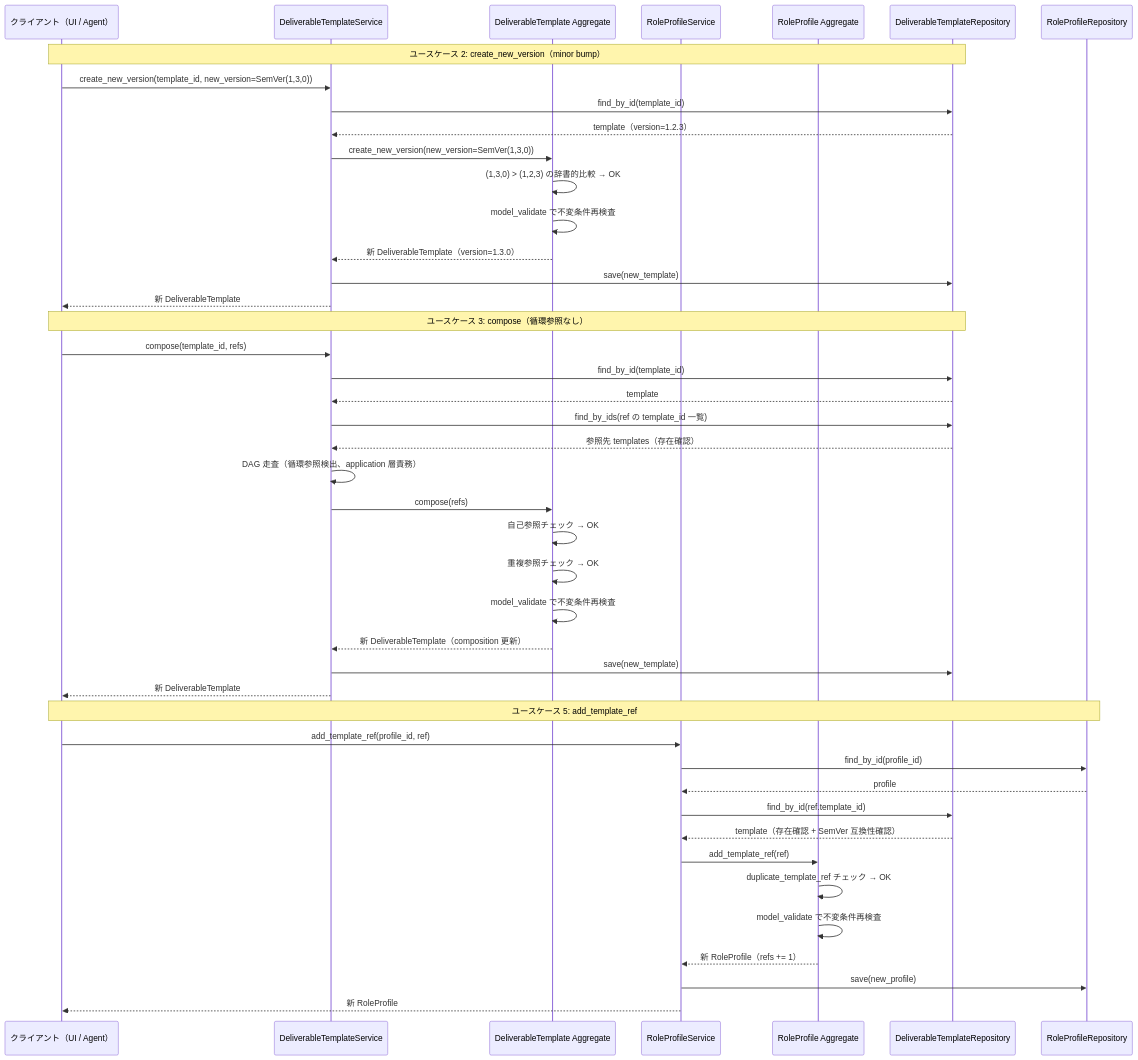
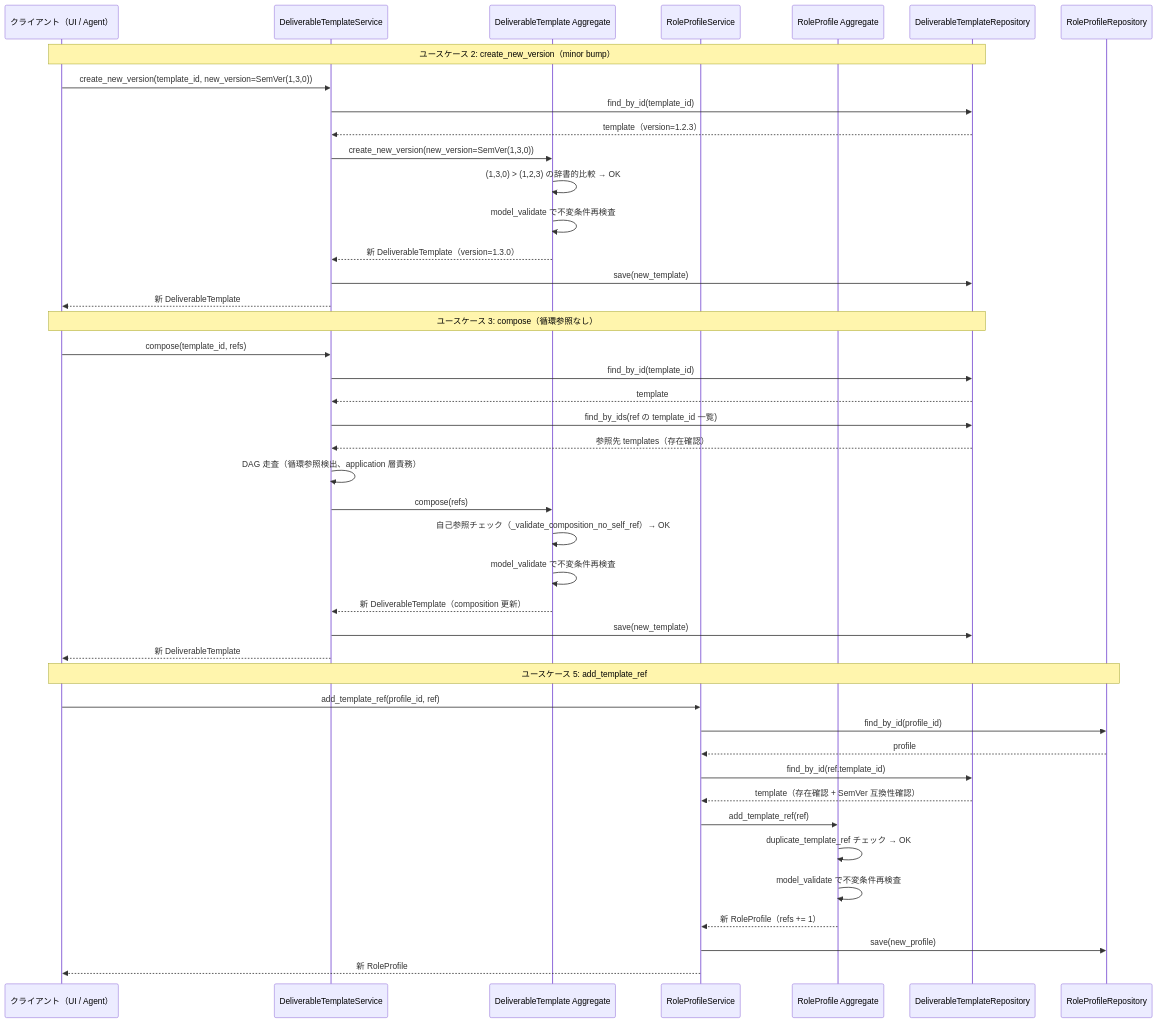
One commit to bakufu-dev/bakufu changed the second of 3 diagrams in docs/features/deliverable-template/domain/basic-design.md. Above: the diagram before and after it, drawn with Mermaid. The commit also changed other lines of this file and 3 other files, not shown here.

````diff
--- a/docs/features/deliverable-template/domain/basic-design.md
+++ b/docs/features/deliverable-template/domain/basic-design.md
@@ -248,49 +248,48 @@
 ```mermaid
 sequenceDiagram
     participant Client as クライアント（UI / Agent）
     participant DtSvc as DeliverableTemplateService
     participant DT as DeliverableTemplate Aggregate
     participant RpSvc as RoleProfileService
     participant RP as RoleProfile Aggregate
     participant DtRepo as DeliverableTemplateRepository
     participant RpRepo as RoleProfileRepository
 
     Note over Client,DtRepo: ユースケース 2: create_new_version（minor bump）
     Client->>DtSvc: create_new_version(template_id, new_version=SemVer(1,3,0))
     DtSvc->>DtRepo: find_by_id(template_id)
     DtRepo-->>DtSvc: template（version=1.2.3）
     DtSvc->>DT: create_new_version(new_version=SemVer(1,3,0))
     DT->>DT: (1,3,0) > (1,2,3) の辞書的比較 → OK
     DT->>DT: model_validate で不変条件再検査
     DT-->>DtSvc: 新 DeliverableTemplate（version=1.3.0）
     DtSvc->>DtRepo: save(new_template)
     DtSvc-->>Client: 新 DeliverableTemplate
 
     Note over Client,DtRepo: ユースケース 3: compose（循環参照なし）
     Client->>DtSvc: compose(template_id, refs)
     DtSvc->>DtRepo: find_by_id(template_id)
     DtRepo-->>DtSvc: template
     DtSvc->>DtRepo: find_by_ids(ref の template_id 一覧)
     DtRepo-->>DtSvc: 参照先 templates（存在確認）
     DtSvc->>DtSvc: DAG 走査（循環参照検出、application 層責務）
     DtSvc->>DT: compose(refs)
-    DT->>DT: 自己参照チェック → OK
-    DT->>DT: 重複参照チェック → OK
+    DT->>DT: 自己参照チェック（_validate_composition_no_self_ref）→ OK
     DT->>DT: model_validate で不変条件再検査
     DT-->>DtSvc: 新 DeliverableTemplate（composition 更新）
     DtSvc->>DtRepo: save(new_template)
     DtSvc-->>Client: 新 DeliverableTemplate
 
     Note over Client,RpRepo: ユースケース 5: add_template_ref
     Client->>RpSvc: add_template_ref(profile_id, ref)
     RpSvc->>RpRepo: find_by_id(profile_id)
     RpRepo-->>RpSvc: profile
     RpSvc->>DtRepo: find_by_id(ref.template_id)
     DtRepo-->>RpSvc: template（存在確認 + SemVer 互換性確認）
     RpSvc->>RP: add_template_ref(ref)
     RP->>RP: duplicate_template_ref チェック → OK
     RP->>RP: model_validate で不変条件再検査
     RP-->>RpSvc: 新 RoleProfile（refs += 1）
     RpSvc->>RpRepo: save(new_profile)
     RpSvc-->>Client: 新 RoleProfile
 ```
````
